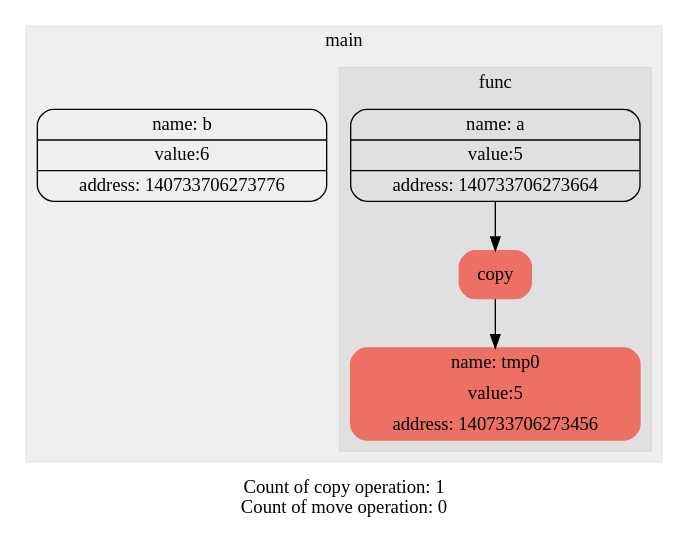
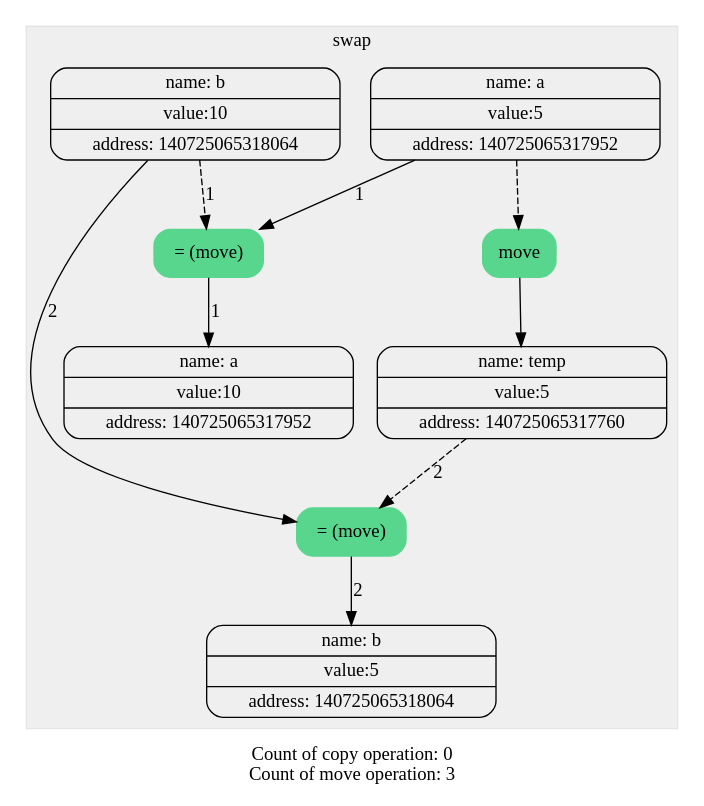
One commit to levasemin/Move_Semantic changed the diagram in graph.dot. Above: the diagram before and after it, drawn with Graphviz. The commit also changed 8 other files, not shown here.

```diff
--- a/graph.dot
+++ b/graph.dot
@@ -1,22 +1,30 @@
 digraph G{
 trankdir=HR;
 node[shape=Mrecord];
 
+1[label="{ {name: tmp0} | {value:5} | {address: 140725065317952}} " color="#EC7063"style="filled"];
+1[label="{ {name: a} | {value:5} | {address: 140725065317952}} " color=""style=""];
+2[label="{ {name: tmp1} | {value:10} | {address: 140725065318064}} " color="#EC7063"style="filled"];
+2[label="{ {name: b} | {value:10} | {address: 140725065318064}} " color=""style=""];
 subgraph "cluster_0" {
-label = main;
+label = swap;
 style= filled
 color = "#00000010";
-1[label="{ {name: a} | {value:5} | {address: 140733706273664}} " color=""style=""];
-2[label="{ {name: b} | {value:6} | {address: 140733706273776}} " color=""style=""];
-subgraph "cluster_1" {
-label = func;
-style= filled
-color = "#00000010";
-3[label="copy" color = "#EC7063" style = "filled"];
-1->3;
-4[label="{ {name: tmp0} | {value:5} | {address: 140733706273456}} " color="#EC7063"style="filled"];
-3->4;
+3[label="move" color = "#58D68D" style = "filled"];
+edge[style = "dashed" color = ""label = ""]1->3;
+4[label="{ {name: tmp2} | {value:5} | {address: 140725065317760}} " color="#58D68D"style="filled"];
+edge[style = "" color = ""label = ""]3->4;
+4[label="{ {name: temp} | {value:5} | {address: 140725065317760}} " color=""style=""];
+5[label="= (move)" color = "#58D68D" style = "filled"];
+edge[style = "" color = ""label = "1"]1->5;
+edge[style = "dashed" color = ""label = "1"]2->5;
+6[label="{ {name: a} | {value:10} | {address: 140725065317952}} " color=""style=""];
+edge[style = "" color = ""label = "1"]5->6;
+7[label="= (move)" color = "#58D68D" style = "filled"];
+edge[style = "" color = ""label = "2"]2->7;
+edge[style = "dashed" color = ""label = "2"]4->7;
+8[label="{ {name: b} | {value:5} | {address: 140725065318064}} " color=""style=""];
+edge[style = "" color = ""label = "2"]7->8;
 }
-}
-label="Count of copy operation: 1
-Count of move operation: 0"}
+label="Count of copy operation: 0
+Count of move operation: 3"}
```
